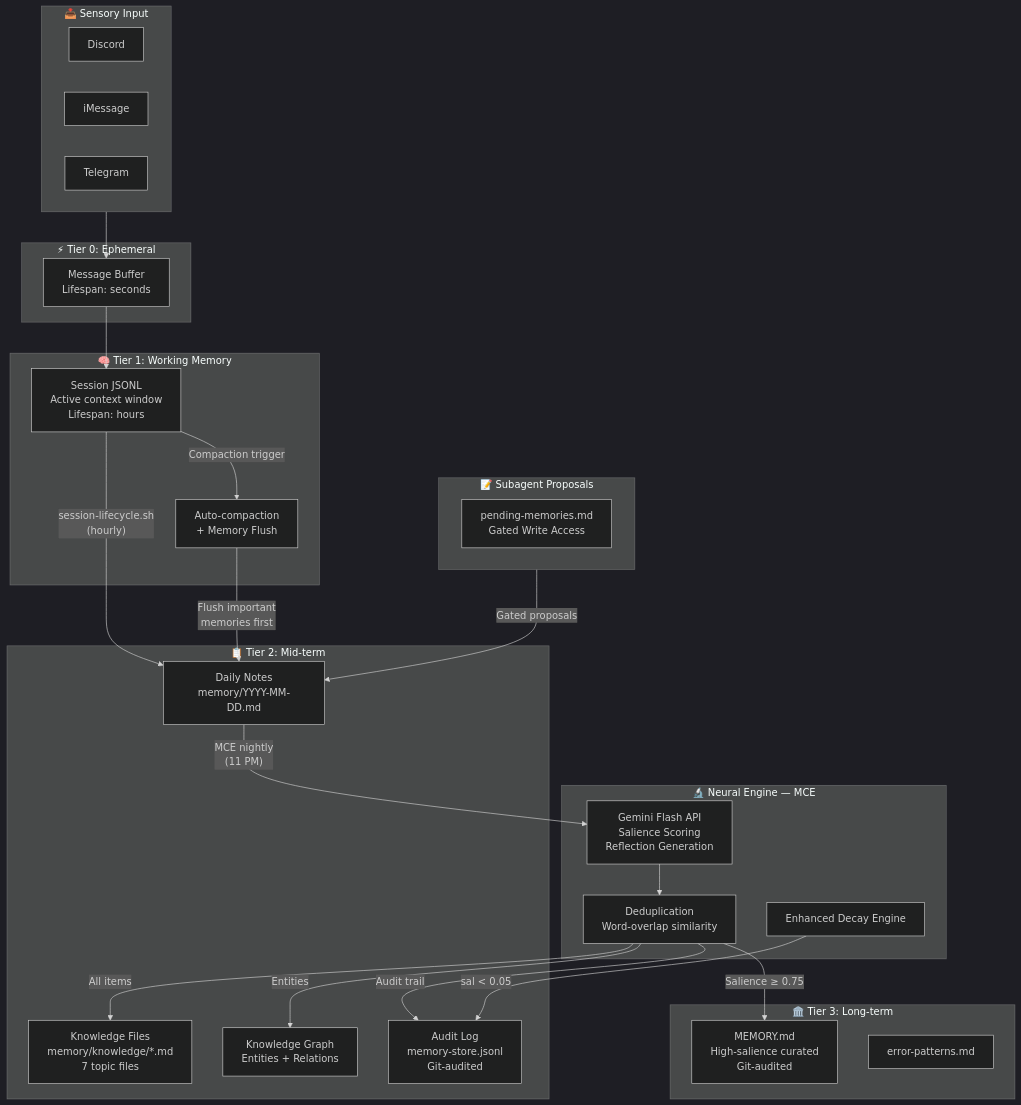
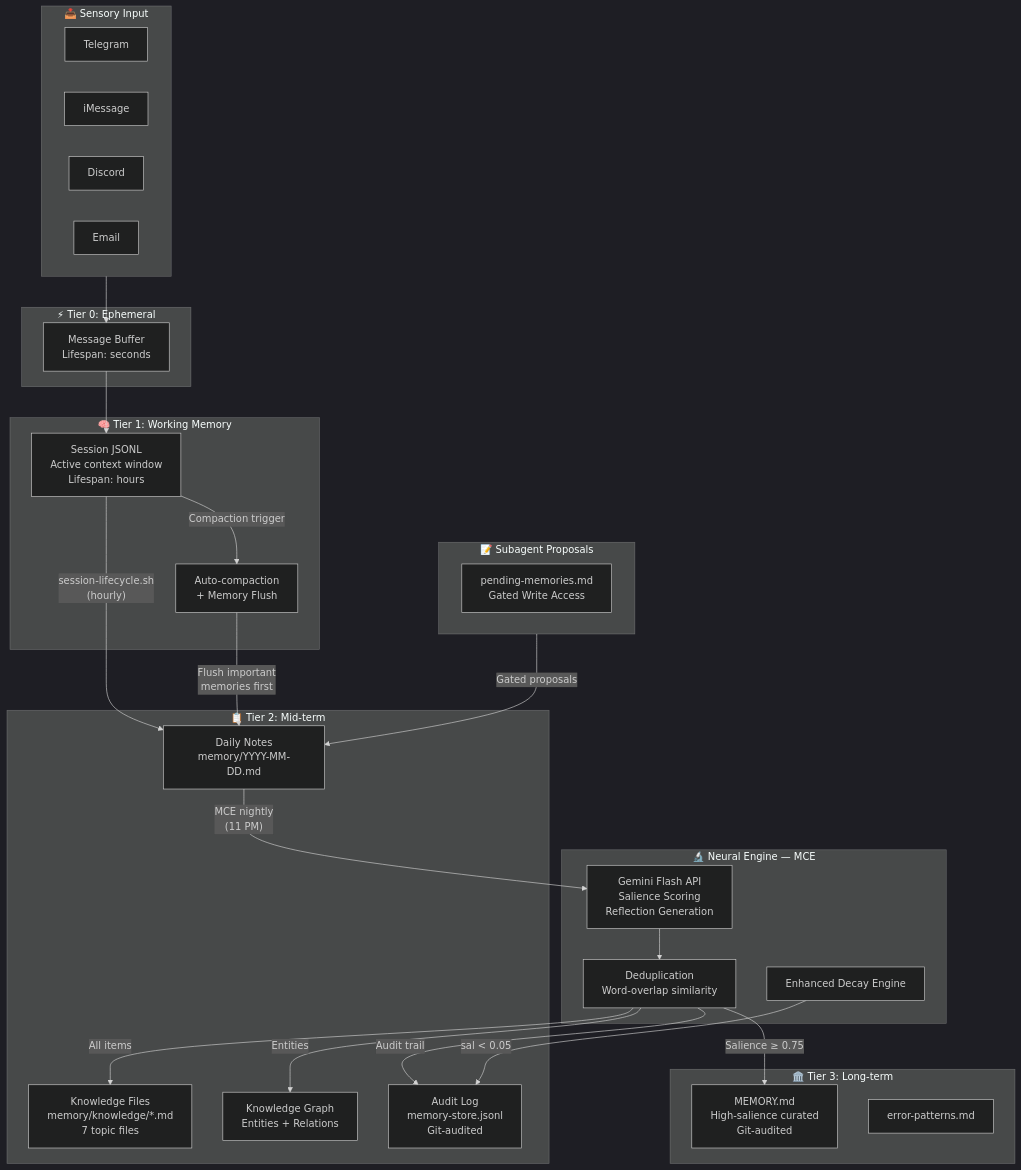
The diagram in src/content/about/memory.md (aleisterai/aleister-site), drawn with Mermaid (dark theme) before and after one commit. The commit also changed 5 other files, not shown here.

````diff
--- a/src/content/about/memory.md
+++ b/src/content/about/memory.md
@@ -51,53 +51,54 @@
 ```mermaid
 flowchart TB
     subgraph Input["📥 Sensory Input"]
+        Telegram["Telegram"]
+        iMessage["iMessage"]
         Discord["Discord"]
-        iMessage["iMessage"]
-        Telegram["Telegram"]
+        Email["Email"]
     end
 
     subgraph T0["⚡ Tier 0: Ephemeral"]
         Buffer["Message Buffer<br/>Lifespan: seconds"]
     end
 
     subgraph T1["🧠 Tier 1: Working Memory"]
         Session["Session JSONL<br/>Active context window<br/>Lifespan: hours"]
         Compaction["Auto-compaction<br/>+ Memory Flush"]
     end
 
     subgraph SubagentGate["📝 Subagent Proposals"]
         PendingMemories["pending-memories.md<br/>Gated Write Access"]
     end
 
     subgraph T2["📋 Tier 2: Mid-term"]
         Daily["Daily Notes<br/>memory/YYYY-MM-DD.md"]
         Knowledge["Knowledge Files<br/>memory/knowledge/*.md<br/>7 topic files"]
         GraphIndex["Knowledge Graph<br/>Entities + Relations"]
         Audit["Audit Log<br/>memory-store.jsonl<br/>Git-audited"]
     end
 
     subgraph T3["🏛️ Tier 3: Long-term"]
         MemoryMD["MEMORY.md<br/>High-salience curated<br/>Git-audited"]
         ErrorPat["error-patterns.md"]
     end
 
     subgraph Engine["🔬 Neural Engine — MCE"]
         Gemini["Gemini Flash API<br/>Salience Scoring<br/>Reflection Generation"]
         Dedup["Deduplication<br/>Word-overlap similarity"]
         Decay["Enhanced Decay Engine"]
     end
 
     Input --> Buffer
     Buffer --> Session
     Session -->|"session-lifecycle.sh<br/>(hourly)"| Daily
     Session -->|"Compaction trigger"| Compaction
     Compaction -->|"Flush important<br/>memories first"| Daily
     SubagentGate -->|"Gated proposals"| Daily
     Daily -->|"MCE nightly<br/>(11 PM)"| Gemini
     Gemini --> Dedup
     Dedup -->|"All items"| Knowledge
     Dedup -->|"Entities"| GraphIndex
     Dedup -->|"Audit trail"| Audit
     Dedup -->|"Salience ≥ 0.75"| MemoryMD
     Decay -->|"sal < 0.05"| Audit
 ```
````
